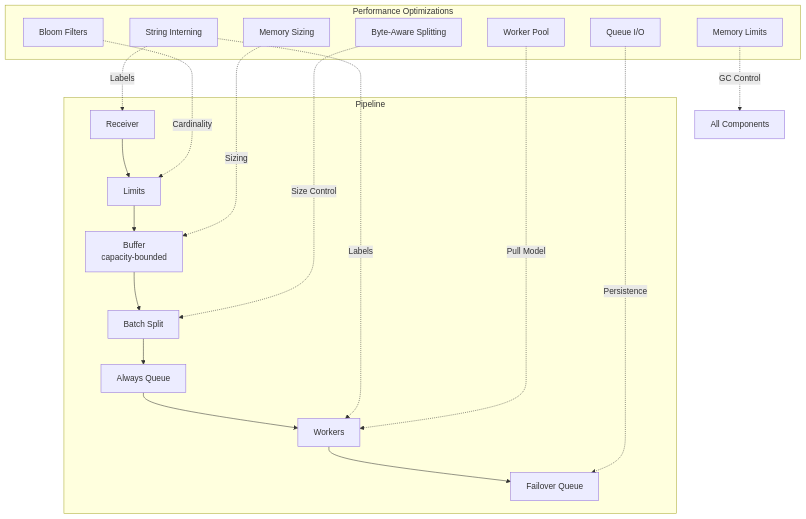
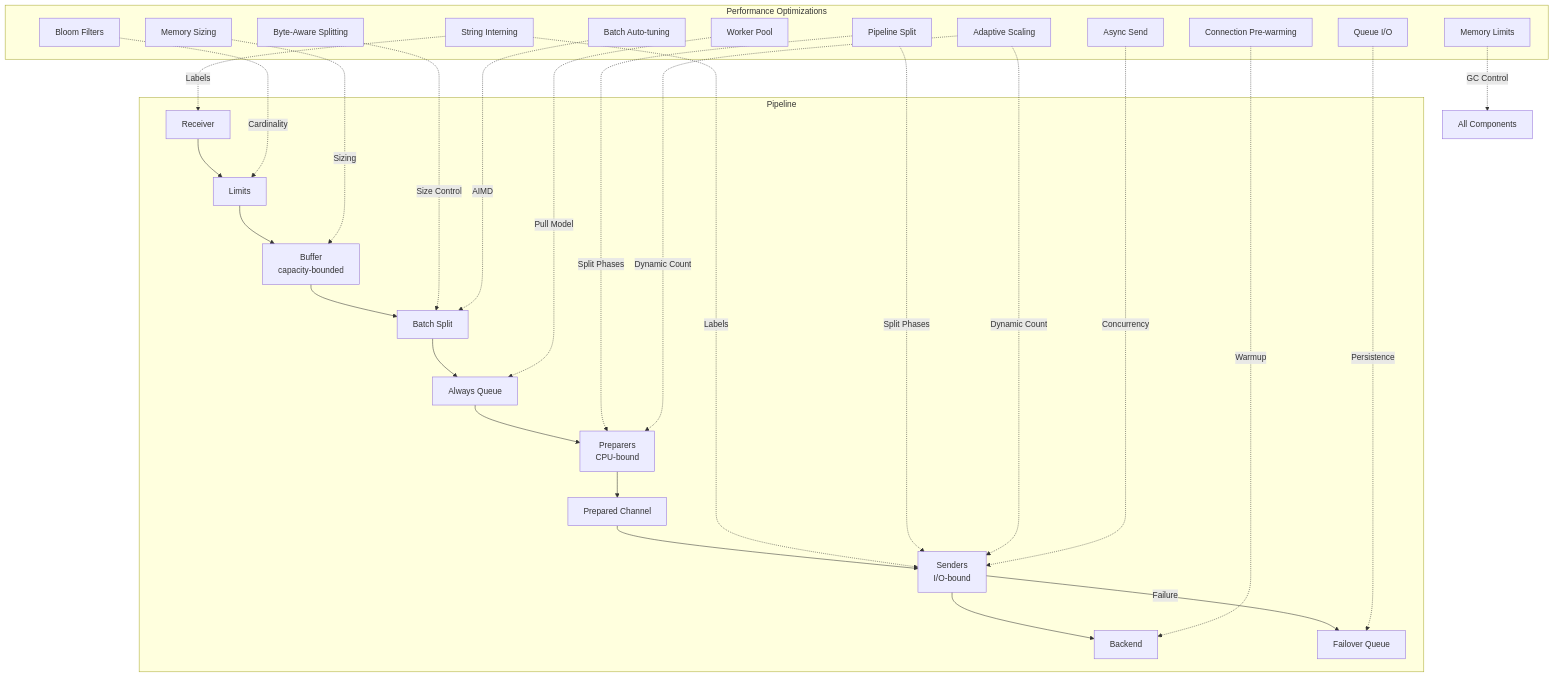
One commit to szibis/metrics-governor changed the first of 18 diagrams in docs/performance.md. Above: the diagram before and after it, drawn with Mermaid. The commit also changed other lines of this file and 40 other files, not shown here.

````diff
--- a/docs/performance.md
+++ b/docs/performance.md
@@ -24,30 +29,45 @@
 ```mermaid
 graph TB
     subgraph "Performance Optimizations"
         BF[Bloom Filters]
         SI[String Interning]
         BS[Byte-Aware Splitting]
         WP[Worker Pool]
+        PS[Pipeline Split]
+        BAT[Batch Auto-tuning]
+        AS[Adaptive Scaling]
+        ASYNC[Async Send]
+        CW[Connection Pre-warming]
         MS[Memory Sizing]
         QIO[Queue I/O]
         ML[Memory Limits]
     end
 
     subgraph "Pipeline"
         RX[Receiver] --> LIM[Limits]
         LIM --> BUF[Buffer\ncapacity-bounded]
         BUF --> SPLIT[Batch Split]
         SPLIT --> Q[Always Queue]
-        Q --> WRK[Workers]
-        WRK --> FQ[Failover Queue]
+        Q --> PREP[Preparers\nCPU-bound]
+        PREP --> CH[Prepared Channel]
+        CH --> SND[Senders\nI/O-bound]
+        SND --> BE[Backend]
+        SND -->|Failure| FQ[Failover Queue]
     end
 
     BF -.->|Cardinality| LIM
     SI -.->|Labels| RX
-    SI -.->|Labels| WRK
+    SI -.->|Labels| SND
     BS -.->|Size Control| SPLIT
-    WP -.->|Pull Model| WRK
+    WP -.->|Pull Model| Q
+    PS -.->|Split Phases| PREP
+    PS -.->|Split Phases| SND
+    BAT -.->|AIMD| SPLIT
+    AS -.->|Dynamic Count| PREP
+    AS -.->|Dynamic Count| SND
+    ASYNC -.->|Concurrency| SND
+    CW -.->|Warmup| BE
     MS -.->|Sizing| BUF
     QIO -.->|Persistence| FQ
     ML -.->|GC Control| ALL[All Components]
 ```
````
